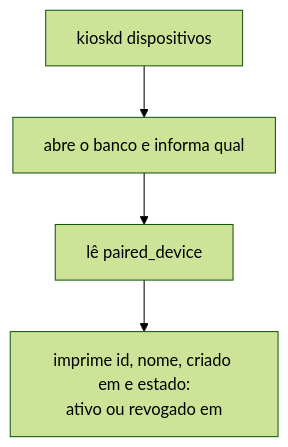
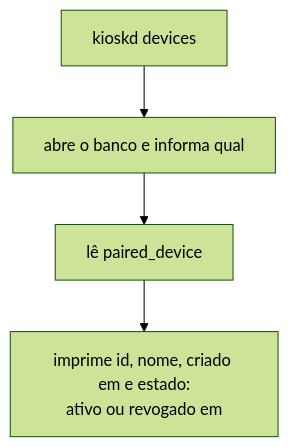
One commit to jefersonlop3s/kiosk-engine changed the fifth of 28 diagrams in docs/architecture/fluxos-dos-comandos.md. Above: the diagram before and after it, drawn with Mermaid (forest theme). The commit also changed other lines of this file and 43 other files, not shown here.

````diff
--- a/docs/architecture/fluxos-dos-comandos.md
+++ b/docs/architecture/fluxos-dos-comandos.md
@@ -109,6 +109,6 @@
 ```mermaid
 flowchart TD
-    A["kioskd dispositivos"] --> B["abre o banco e informa qual"]
+    A["kioskd devices"] --> B["abre o banco e informa qual"]
     B --> C["lê paired_device"]
     C --> D["imprime id, nome, criado em e estado:<br/>ativo ou revogado em"]
 ```
````
